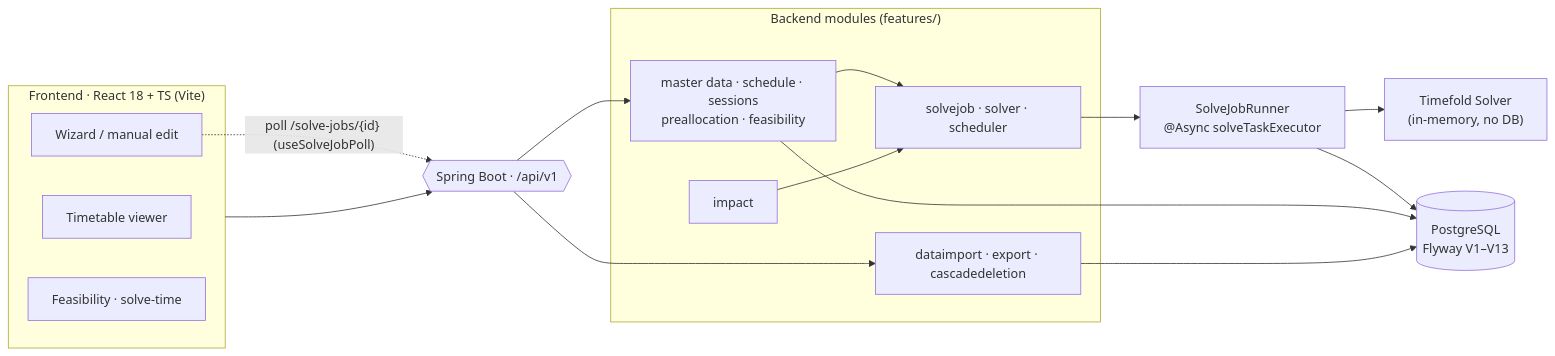
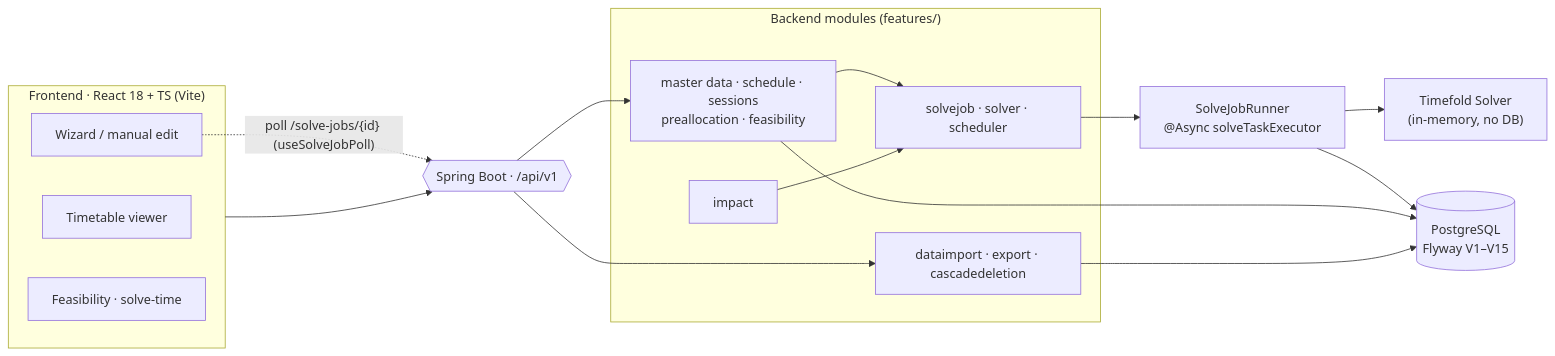
The first of 3 diagrams in docs/ARCHITECTURE.md (projectARARE/ARARE), drawn with Mermaid before and after one commit. The commit also changed other lines of this file and 191 other files, not shown here.

````diff
--- a/docs/ARCHITECTURE.md
+++ b/docs/ARCHITECTURE.md
@@ -55,29 +55,29 @@
 ```mermaid
 flowchart LR
     subgraph FE["Frontend · React 18 + TS (Vite)"]
         SW["Wizard / manual edit"]
         VW["Timetable viewer"]
         CH["Feasibility · solve-time"]
     end
     API{{"Spring Boot · /api/v1"}}
     subgraph BE["Backend modules (features/)"]
         MD["master data · schedule · sessions\npreallocation · feasibility"]
         SOLVE["solvejob · solver · scheduler"]
         IMPACT["impact"]
         IO["dataimport · export · cascadedeletion"]
     end
     JOB["SolveJobRunner\n@Async solveTaskExecutor"]
     TF["Timefold Solver\n(in-memory, no DB)"]
-    DB[("PostgreSQL\nFlyway V1–V13")]
+    DB[("PostgreSQL\nFlyway V1–V15")]
     FE --> API
     API --> MD
     API --> IO
     MD --> SOLVE
     IMPACT --> SOLVE
     SOLVE --> JOB
     JOB --> TF
     JOB --> DB
     MD --> DB
     IO --> DB
     SW -. "poll /solve-jobs/{id} (useSolveJobPoll)" .-> API
 ```
````
